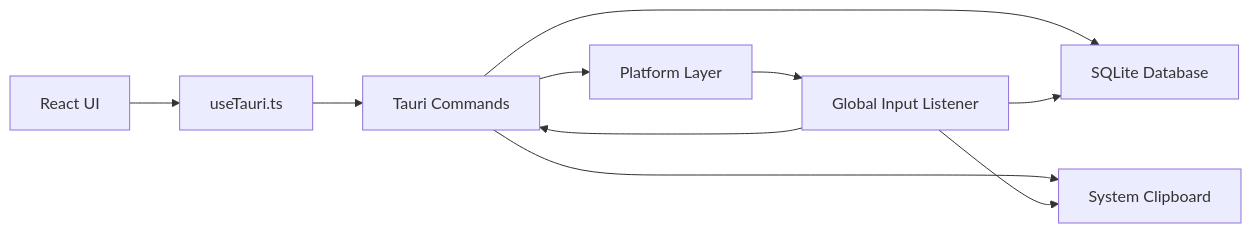
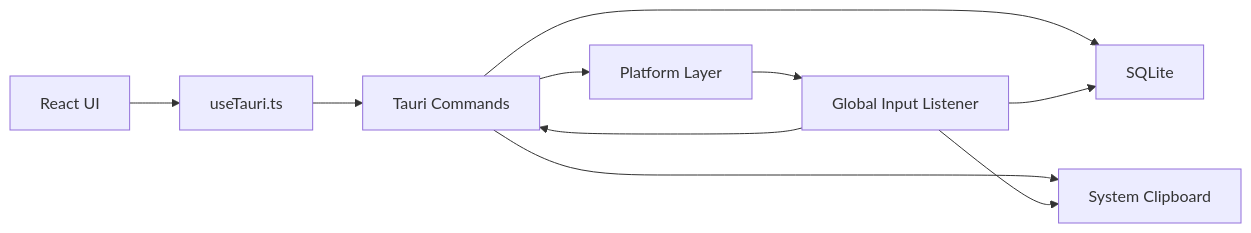
Before and after one commit to lhtuling/QuickSend: the diagram in docs/ARCHITECTURE.md, drawn with Mermaid. The commit also changed other lines of this file and 17 other files, not shown here.

````diff
--- a/docs/ARCHITECTURE.md
+++ b/docs/ARCHITECTURE.md
@@ -7,20 +7,20 @@
 ```mermaid
 flowchart LR
   UI["React UI"]
   Hooks["useTauri.ts"]
   Commands["Tauri Commands"]
-  DB["SQLite Database"]
+  DB["SQLite"]
   Input["Global Input Listener"]
   Platform["Platform Layer"]
   Clipboard["System Clipboard"]
 
   UI --> Hooks
   Hooks --> Commands
   Commands --> DB
   Commands --> Clipboard
   Commands --> Platform
   Input --> DB
   Input --> Clipboard
   Input --> Commands
   Platform --> Input
 ```
````
